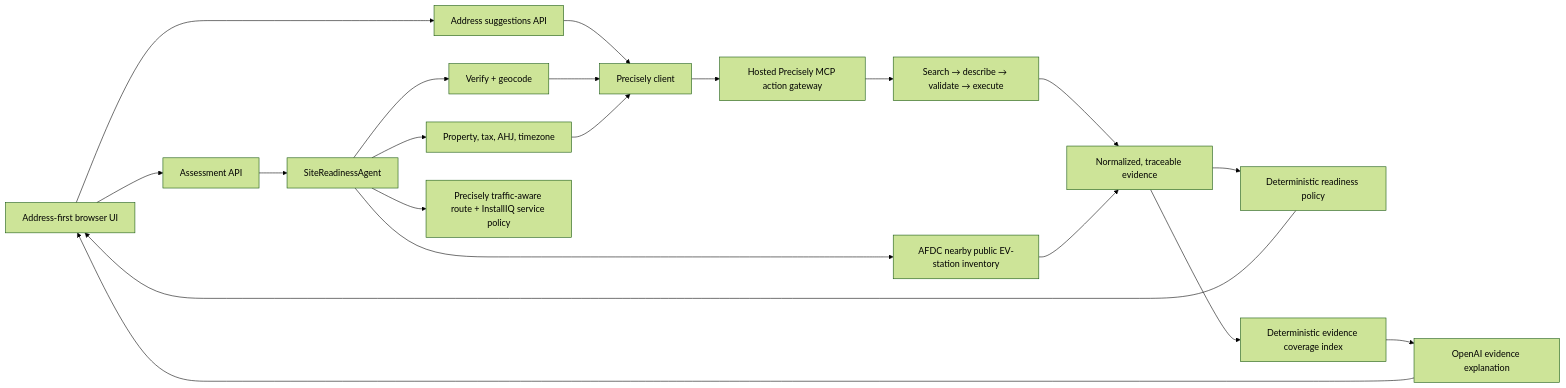
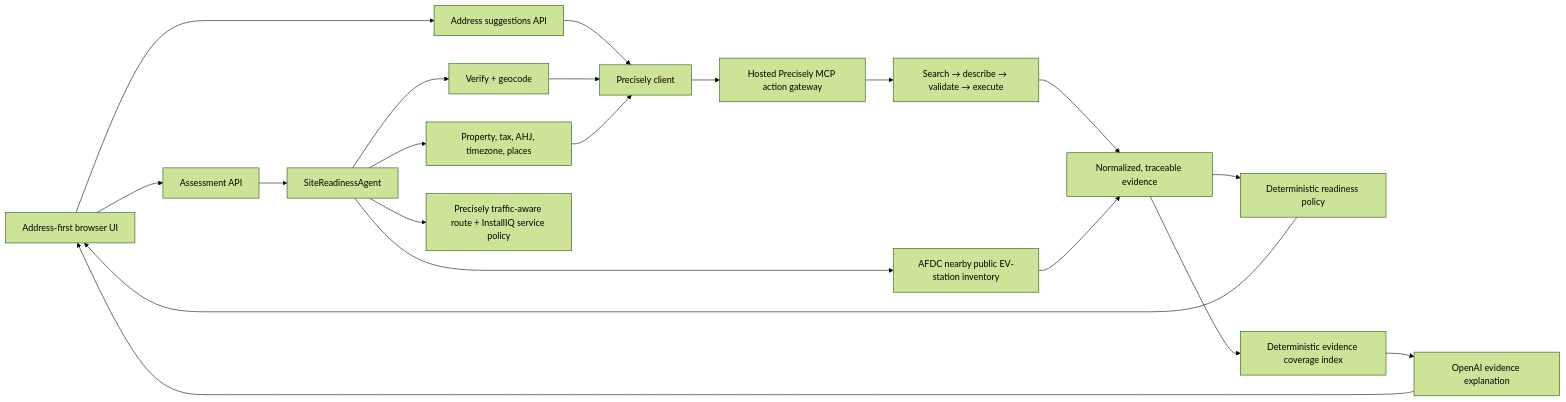
One commit to Divij10/InstallIQ changed the diagram in README.md. Above: the diagram before and after it, drawn with Mermaid (forest theme). The commit also changed other lines of this file and 7 other files, not shown here.

````diff
--- a/README.md
+++ b/README.md
@@ -17,22 +17,22 @@
 ```mermaid
 flowchart LR
   Browser[Address-first browser UI] --> Suggest[Address suggestions API]
   Browser --> Assessment[Assessment API]
   Suggest --> Client[Precisely client]
   Assessment --> Agent[SiteReadinessAgent]
   Agent --> Address[Verify + geocode]
-  Agent --> Enrichment[Property, tax, AHJ, timezone]
+  Agent --> Enrichment[Property, tax, AHJ, timezone, places]
   Agent --> Area[Precisely traffic-aware route + InstallIQ service policy]
   Agent --> Chargers[AFDC nearby public EV-station inventory]
   Address --> Client
   Enrichment --> Client
   Client --> Gateway[Hosted Precisely MCP action gateway]
   Gateway --> Loop[Search → describe → validate → execute]
   Loop --> Evidence[Normalized, traceable evidence]
   Chargers --> Evidence
   Evidence --> Policy[Deterministic readiness policy]
   Evidence --> Coverage[Deterministic evidence coverage index]
   Coverage --> Narrative[OpenAI evidence explanation]
   Policy --> Browser
   Narrative --> Browser
 ```
````
